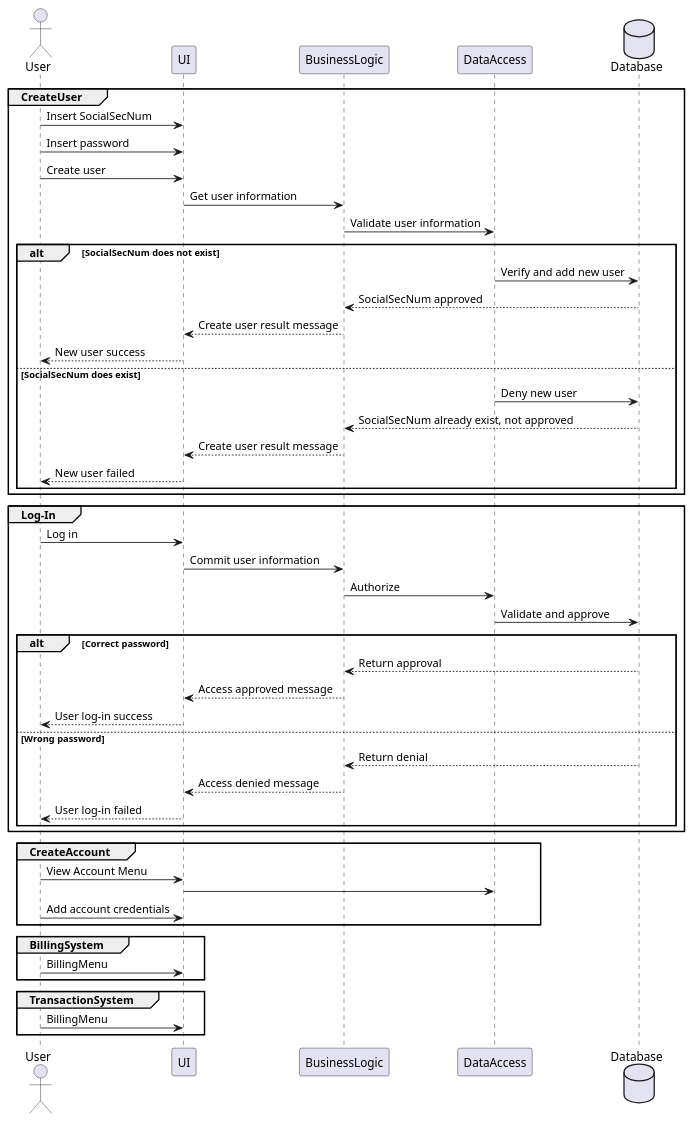
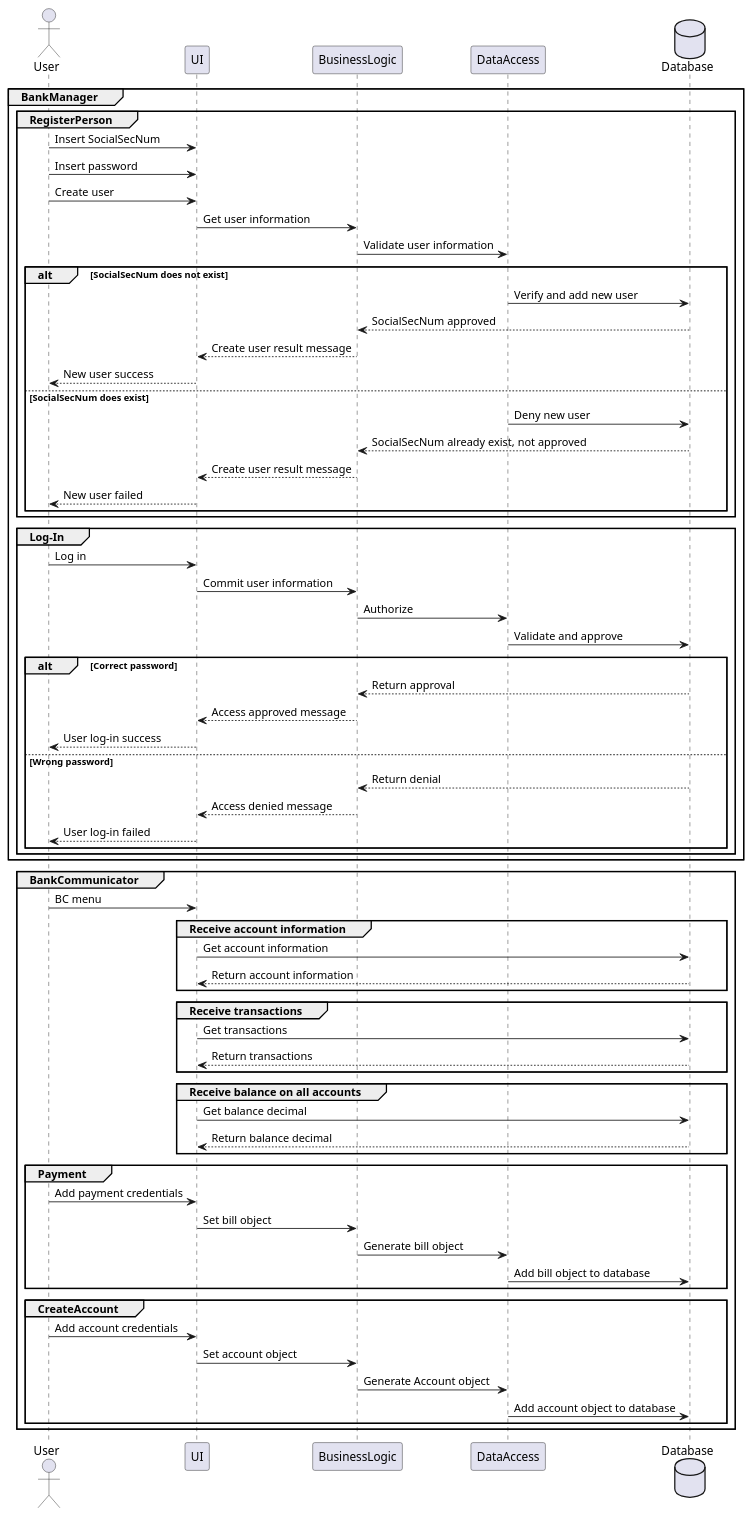
Before and after one commit to runejac/PG3302Eksamen: the diagram in PG3302Eksamen/assets/Sequence.puml, drawn with PlantUML.

Commit message:
Finished sequence diagram

```diff
--- a/PG3302Eksamen/assets/Sequence.puml
+++ b/PG3302Eksamen/assets/Sequence.puml
@@ -1,61 +1,84 @@
 @startuml
 
 actor User 
 participant UI
 participant BusinessLogic
 participant DataAccess
 database Database
 
-group CreateUser
+group BankManager
+group RegisterPerson
 User -> UI : Insert SocialSecNum
 User -> UI : Insert password
 User -> UI : Create user
 UI -> BusinessLogic : Get user information
 BusinessLogic -> DataAccess : Validate user information
 
 
 alt SocialSecNum does not exist
 DataAccess -> Database : Verify and add new user 
 BusinessLogic <-- Database : SocialSecNum approved
 UI <-- BusinessLogic : Create user result message
 User <-- UI : New user success
 else SocialSecNum does exist
 DataAccess -> Database : Deny new user
 BusinessLogic <-- Database  : SocialSecNum already exist, not approved
 UI <-- BusinessLogic : Create user result message
 User <-- UI : New user failed
 end
 end
 
 group Log-In
 User -> UI : Log in
 UI -> BusinessLogic : Commit user information
 BusinessLogic -> DataAccess : Authorize
 DataAccess -> Database : Validate and approve
 alt Correct password
 BusinessLogic <-- Database : Return approval
-
 UI <-- BusinessLogic : Access approved message
 User <-- UI : User log-in success
 else Wrong password
 BusinessLogic <-- Database : Return denial
 UI <-- BusinessLogic : Access denied message
 User <-- UI : User log-in failed
 end
 end
+end
+
+group BankCommunicator
+
+User -> UI : BC menu
+
+group Receive account information
+UI -> Database : Get account information
+Database --> UI: Return account information
+end
+
+group Receive transactions
+UI -> Database : Get transactions 
+Database --> UI: Return transactions 
+end
+
+group Receive balance on all accounts
+UI -> Database : Get balance decimal
+Database --> UI: Return balance decimal
+end
+
+group Payment
+User -> UI : Add payment credentials
+UI -> BusinessLogic : Set bill object
+BusinessLogic -> DataAccess : Generate bill object
+DataAccess -> Database : Add bill object to database
+end
 
 group CreateAccount
-User -> UI : View Account Menu 
-UI -> DataAccess : 
 User -> UI : Add account credentials
+UI -> BusinessLogic : Set account object
+BusinessLogic -> DataAccess : Generate Account object
+DataAccess -> Database : Add account object to database
 end
 
-group BillingSystem
-User -> UI : BillingMenu
-end
 
-group TransactionSystem
-User -> UI : BillingMenu
 end
 
 @enduml
```
